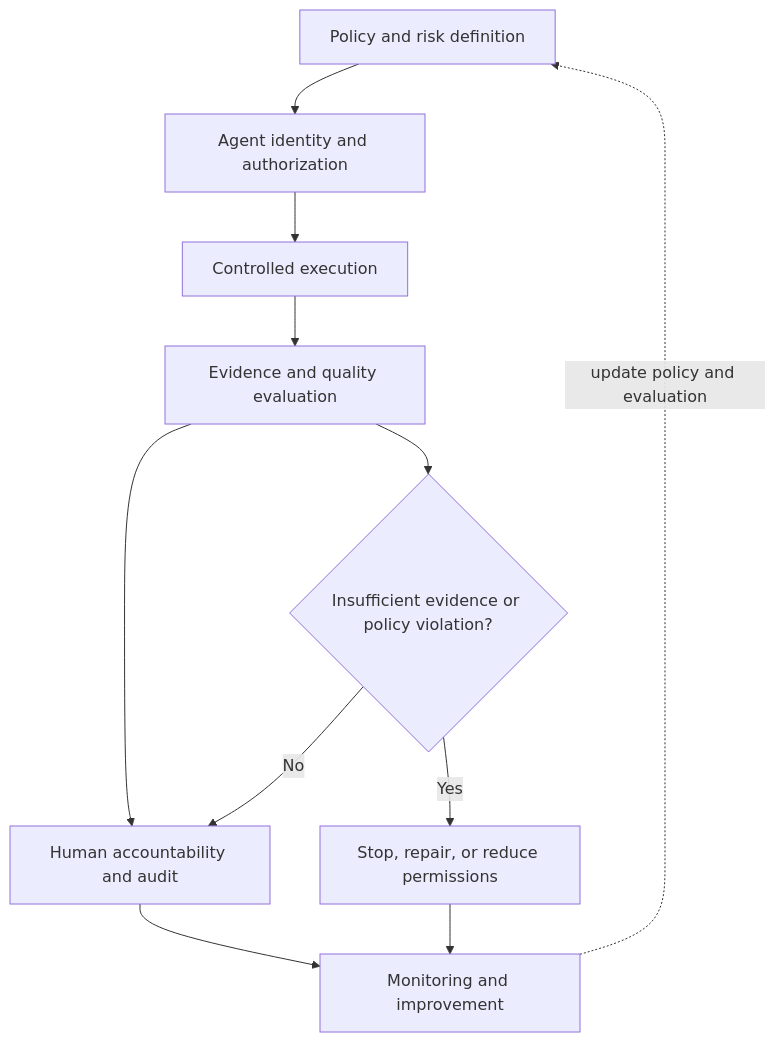
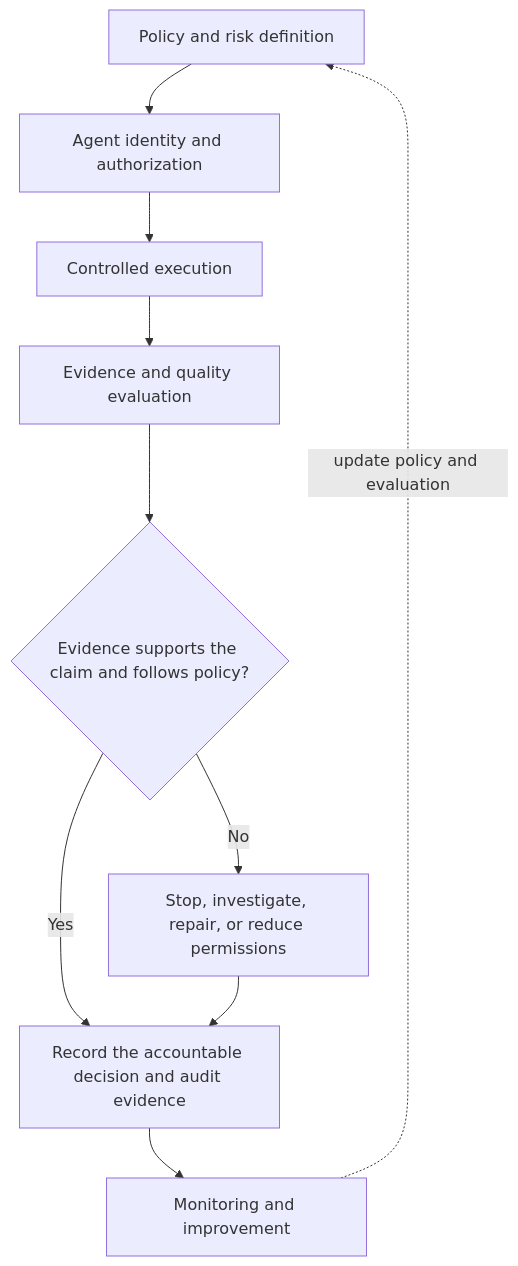
One commit to naodeng/naodeng.com.cn changed the fifth of 5 diagrams in src/blog/en/AI-Testing/agentic-ai-governance-testing.mdx. Above: the diagram before and after it, drawn with Mermaid. The commit also changed other lines of this file and 10 other files, not shown here.

Commit message:
docs: review November blog diagrams

````diff
--- a/src/blog/en/AI-Testing/agentic-ai-governance-testing.mdx
+++ b/src/blog/en/AI-Testing/agentic-ai-governance-testing.mdx
@@ -248,13 +256,12 @@
 ```mermaid
 flowchart TB
     P[Policy and risk definition] --> A[Agent identity and authorization]
     A --> X[Controlled execution]
     X --> E[Evidence and quality evaluation]
-    E --> H[Human accountability and audit]
+    E --> Q{Evidence supports the claim and follows policy?}
+    Q -->|Yes| H[Record the accountable decision and audit evidence]
+    Q -->|No| S[Stop, investigate, repair, or reduce permissions]
+    S --> H
     H --> M[Monitoring and improvement]
     M -.update policy and evaluation.-> P
-    E --> Q{Insufficient evidence or policy violation?}
-    Q -->|Yes| S[Stop, repair, or reduce permissions]
-    S --> M
-    Q -->|No| H
 ```
````
